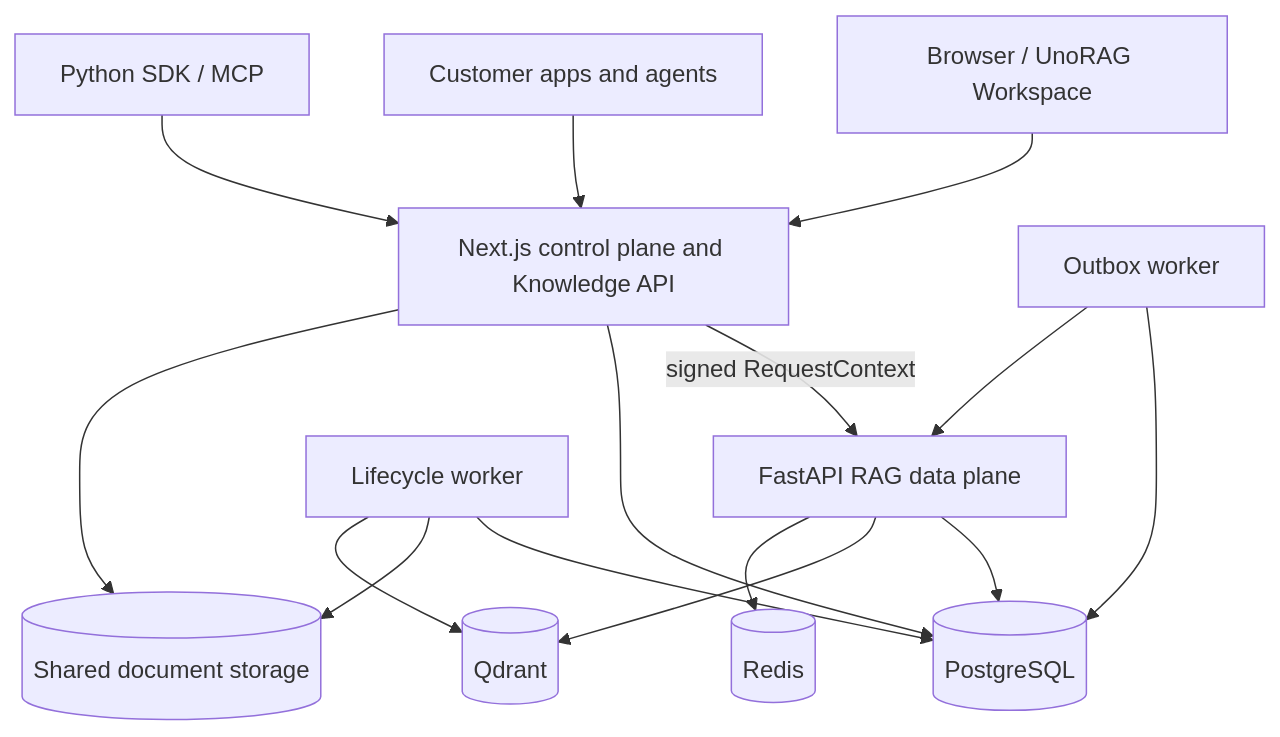
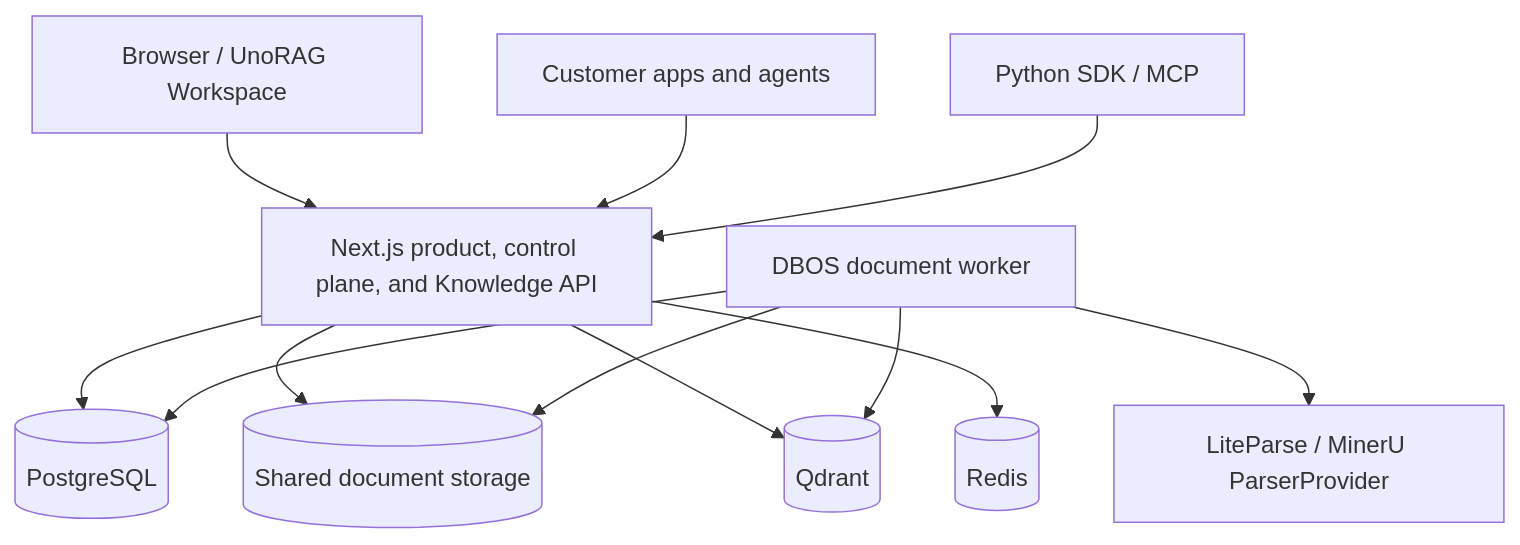
One commit to codexlin/UnoRAG changed the second of 2 diagrams in README.md. Above: the diagram before and after it, drawn with Mermaid. The commit also changed other lines of this file and 34 other files, not shown here.

````diff
--- a/README.md
+++ b/README.md
@@ -115,29 +114,25 @@
 ```mermaid
 flowchart TB
     Browser["Browser / UnoRAG Workspace"]
     Apps["Customer apps and agents"]
     SDK["Python SDK / MCP"]
-    Web["Next.js control plane and Knowledge API"]
-    API["FastAPI RAG data plane"]
-    Life["Lifecycle worker"]
-    Outbox["Outbox worker"]
+    Web["Next.js product, control plane, and Knowledge API"]
+    Worker["DBOS document worker"]
+    Parser["LiteParse / MinerU ParserProvider"]
     PG[("PostgreSQL")]
     QD[("Qdrant")]
     Redis[("Redis")]
     Files[("Shared document storage")]
 
     Browser --> Web
     Apps --> Web
     SDK --> Web
-    Web -->|"signed RequestContext"| API
     Web --> PG
     Web --> Files
-    Outbox --> PG
-    Outbox --> API
-    Life --> PG
-    Life --> Files
-    Life --> QD
-    API --> PG
-    API --> QD
-    API --> Redis
+    Web --> QD
+    Web --> Redis
+    Worker --> PG
+    Worker --> Files
+    Worker --> QD
+    Worker --> Parser
 ```
````
